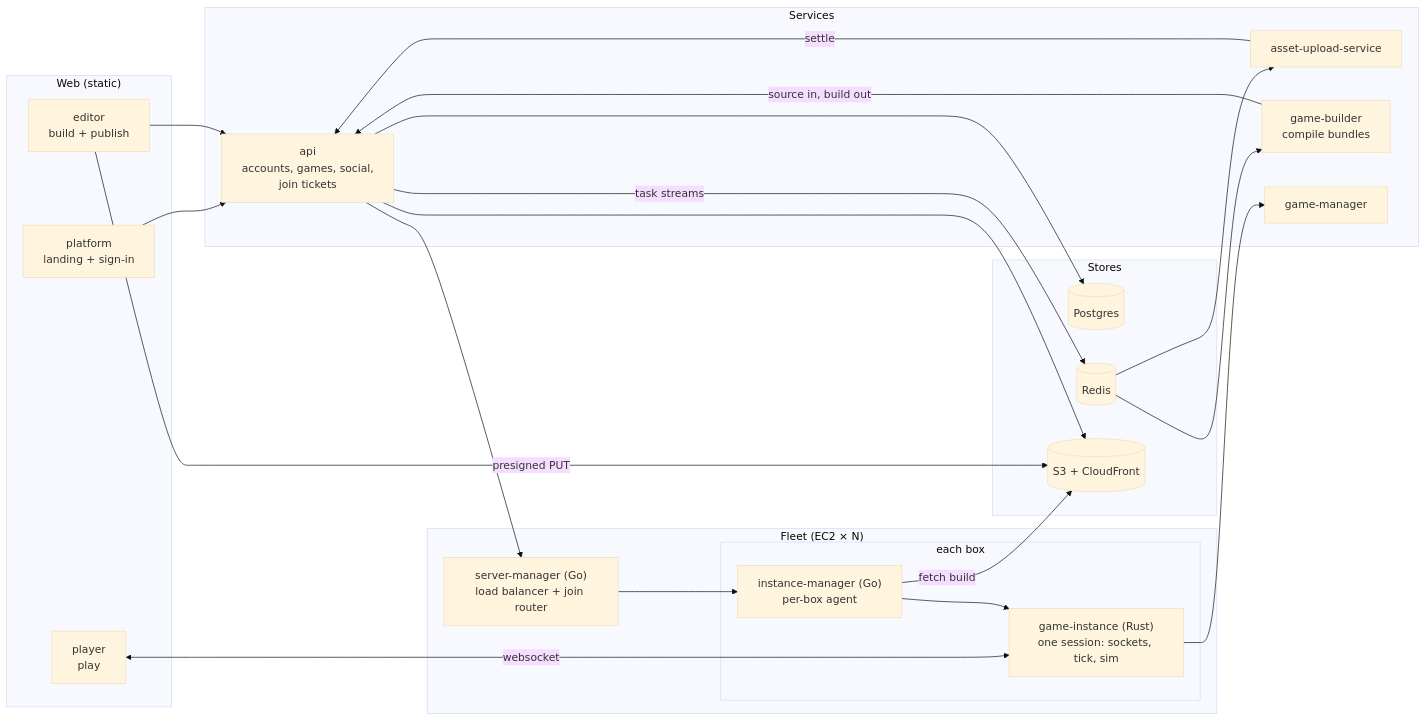
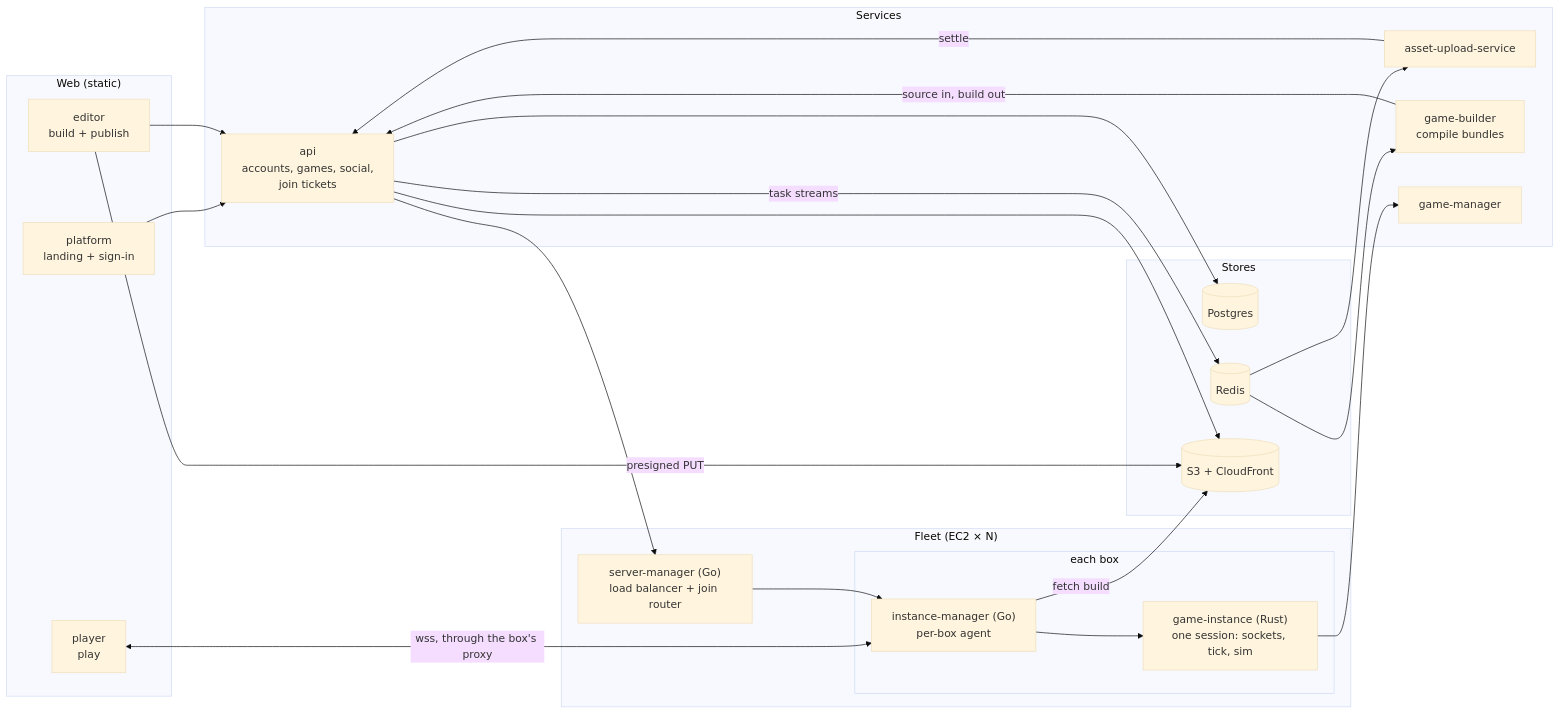
Before and after one commit to RayHCai/grove: the diagram in docs/DEVELOPMENT.md, drawn with Mermaid (base theme). The commit also changed other lines of this file and 1 other file, not shown here.

````diff
--- a/docs/DEVELOPMENT.md
+++ b/docs/DEVELOPMENT.md
@@ -7,48 +7,48 @@
 ```mermaid
 flowchart LR
   subgraph Web["Web (static)"]
     platform["platform<br/>landing + sign-in"]
     editor["editor<br/>build + publish"]
     player["player<br/>play"]
   end
 
   subgraph Services
     api["api<br/>accounts, games, social,<br/>join tickets"]
     upload["asset-upload-service"]
     builder["game-builder<br/>compile bundles"]
     gm["game-manager"]
   end
 
   subgraph Stores
     pg[(Postgres)]
     redis[(Redis)]
     s3[(S3 + CloudFront)]
   end
 
   subgraph Fleet["Fleet (EC2 × N)"]
     sm["server-manager (Go)<br/>load balancer + join router"]
     subgraph Box["each box"]
       im["instance-manager (Go)<br/>per-box agent"]
       gi["game-instance (Rust)<br/>one session: sockets, tick, sim"]
     end
   end
 
   platform --> api
   editor --> api
   editor -->|presigned PUT| s3
-  player <-->|websocket| gi
+  player <-->|wss, through the box's proxy| im
 
   api --> pg
   api --> s3
   api -->|task streams| redis
   redis --> builder
   redis --> upload
   builder -->|source in, build out| api
   upload -->|settle| api
 
   api --> sm
   sm --> im
   im --> gi
   im -->|fetch build| s3
   gi --> gm
 ```
````
